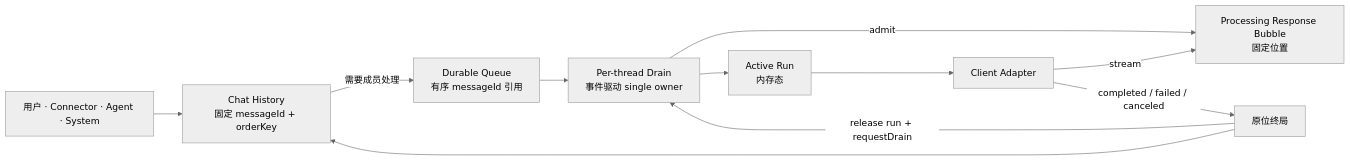
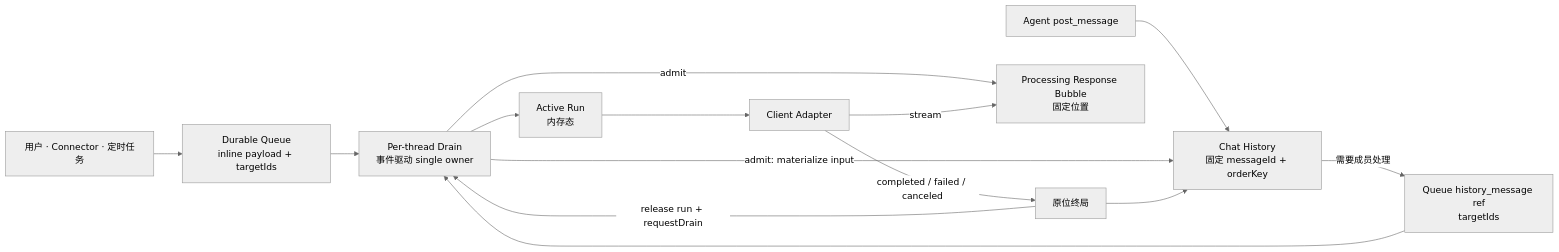
The diagram in docs/architecture/message-delivery-handling-handoff-audit.md (zts212653/clowder-ai), drawn with Mermaid (neutral theme) before and after one commit. The commit also changed other lines of this file, not shown here.

First line of the commit message:
docs: materialize queued inputs at dispatch

````diff
--- a/docs/architecture/message-delivery-handling-handoff-audit.md
+++ b/docs/architecture/message-delivery-handling-handoff-audit.md
@@ -77,13 +77,16 @@
 ```mermaid
 flowchart LR
-    I["用户 · Connector · Agent · System"] --> H["Chat History<br/>固定 messageId + orderKey"]
-    H -->|"需要成员处理"| Q["Durable Queue<br/>有序 messageId 引用"]
+    E["用户 · Connector · 定时任务"] --> Q["Durable Queue<br/>inline payload + targetIds"]
+    P["Agent post_message"] --> H["Chat History<br/>固定 messageId + orderKey"]
+    H -->|"需要成员处理"| Q2["Queue history_message ref<br/>targetIds"]
     Q --> D["Per-thread Drain<br/>事件驱动 single owner"]
+    Q2 --> D
+    D -->|"admit: materialize input"| H
     D -->|"admit"| B["Processing Response Bubble<br/>固定位置"]
     D --> A["Active Run<br/>内存态"]
     A --> C["Client Adapter"]
     C -->|"stream"| B
     C -->|"completed / failed / canceled"| T["原位终局"]
     T --> H
     T -->|"release run + requestDrain"| D
 ```
````
